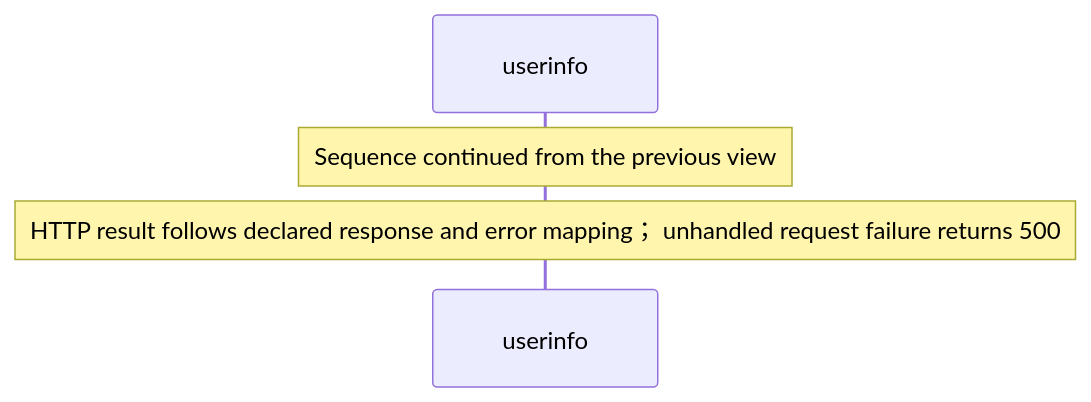
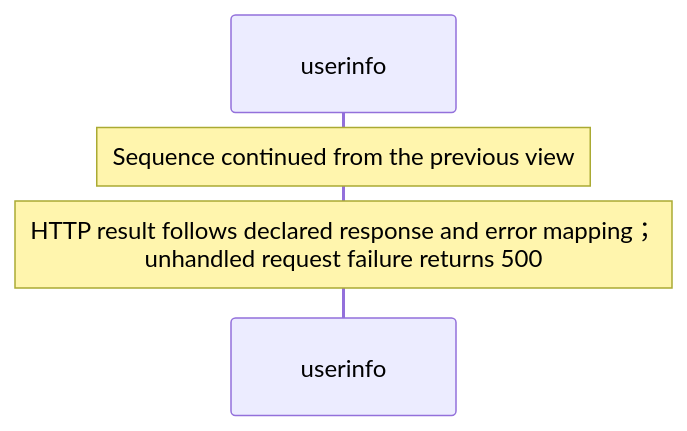
One commit to GreenPandaStudios/augscript changed the fourth of 4 diagrams in docs/examples/oidc-login/provider/userinfo-diagrams.md. Above: the diagram before and after it, drawn with Mermaid. The commit also changed other lines of this file and 200 other files, not shown here.

Commit message:
Group imported operations and wrap readable sequence messages

````diff
--- a/docs/examples/oidc-login/provider/userinfo-diagrams.md
+++ b/docs/examples/oidc-login/provider/userinfo-diagrams.md
@@ -119,7 +119,7 @@
 ```mermaid
 sequenceDiagram
     participant p0 as userinfo
 
     Note over p0: Sequence continued from the previous view
-    Note over p0: HTTP result follows declared response and error mapping； unhandled request failure returns 500
+    Note over p0: HTTP result follows declared response and error mapping；<br/>unhandled request failure returns 500
 ```
````
